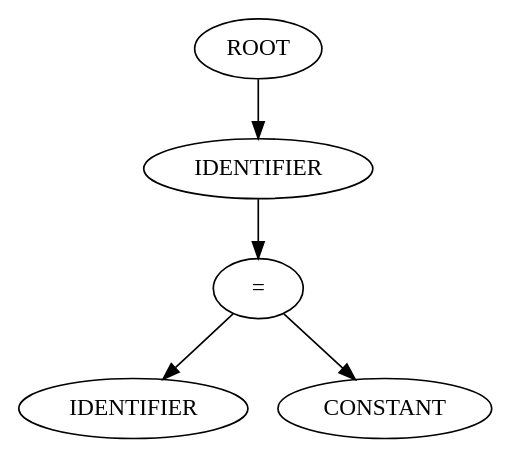
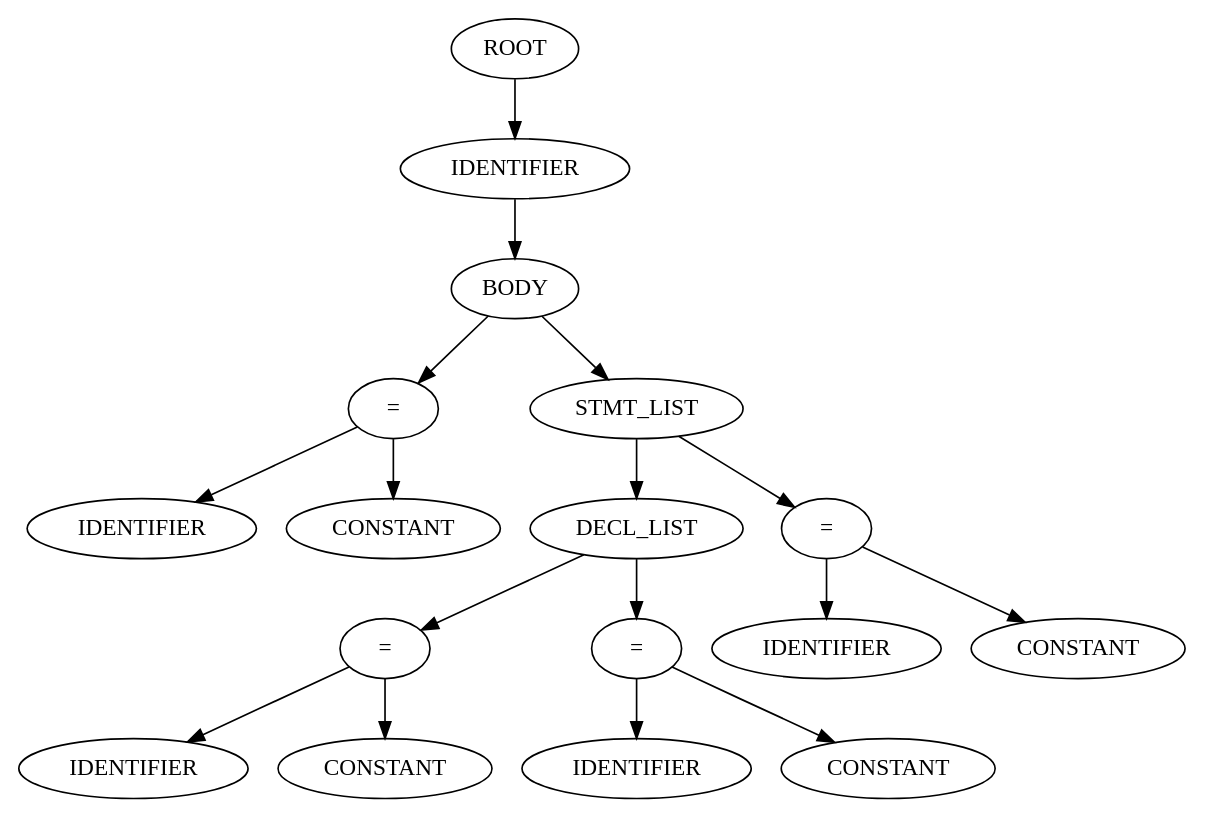
Before and after one commit to dipeshdk/codagami_compiler: the diagram in src/graph.dot, drawn with Graphviz. The commit also changed 7 other files, not shown here.

```diff
--- a/src/graph.dot
+++ b/src/graph.dot
@@ -1,11 +1,35 @@
 strict digraph AST {
-4 [label="ROOT"];
+16 [label="ROOT"];
 0 [label="IDENTIFIER"];
+15 [label="BODY"];
 3 [label="="];
 1 [label="IDENTIFIER"];
 2 [label="CONSTANT"];
-4 -> 0
-0 -> 3
+14 [label="STMT_LIST"];
+10 [label="DECL_LIST"];
+6 [label="="];
+4 [label="IDENTIFIER"];
+5 [label="CONSTANT"];
+9 [label="="];
+7 [label="IDENTIFIER"];
+8 [label="CONSTANT"];
+13 [label="="];
+11 [label="IDENTIFIER"];
+12 [label="CONSTANT"];
+16 -> 0
+0 -> 15
+15 -> 3
 3 -> 1
 3 -> 2
+15 -> 14
+14 -> 10
+10 -> 6
+6 -> 4
+6 -> 5
+10 -> 9
+9 -> 7
+9 -> 8
+14 -> 13
+13 -> 11
+13 -> 12
 }
```
